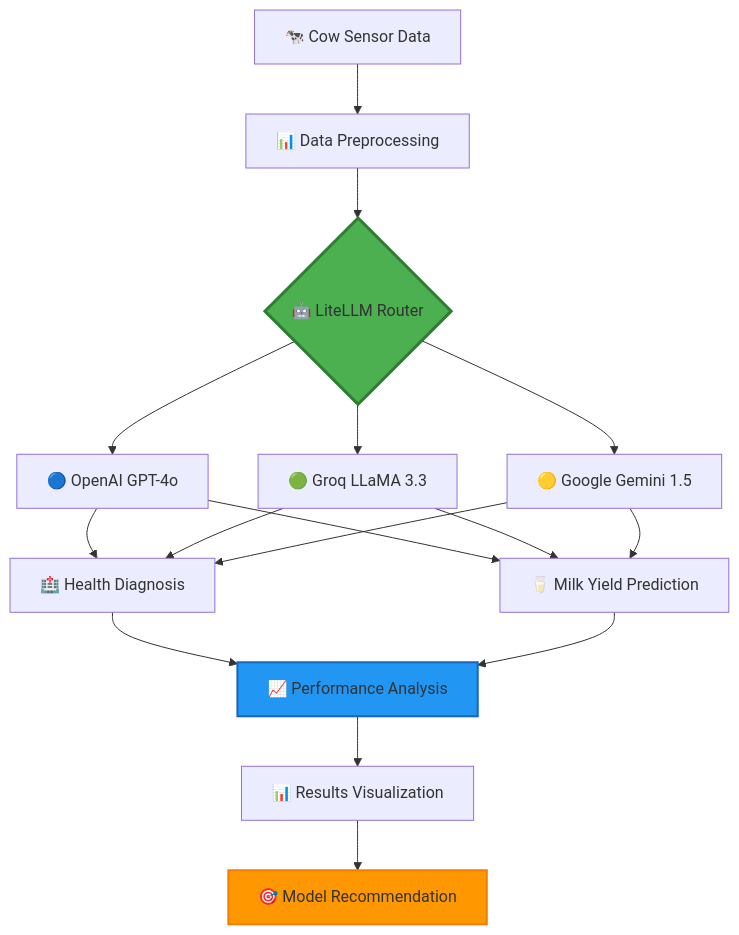
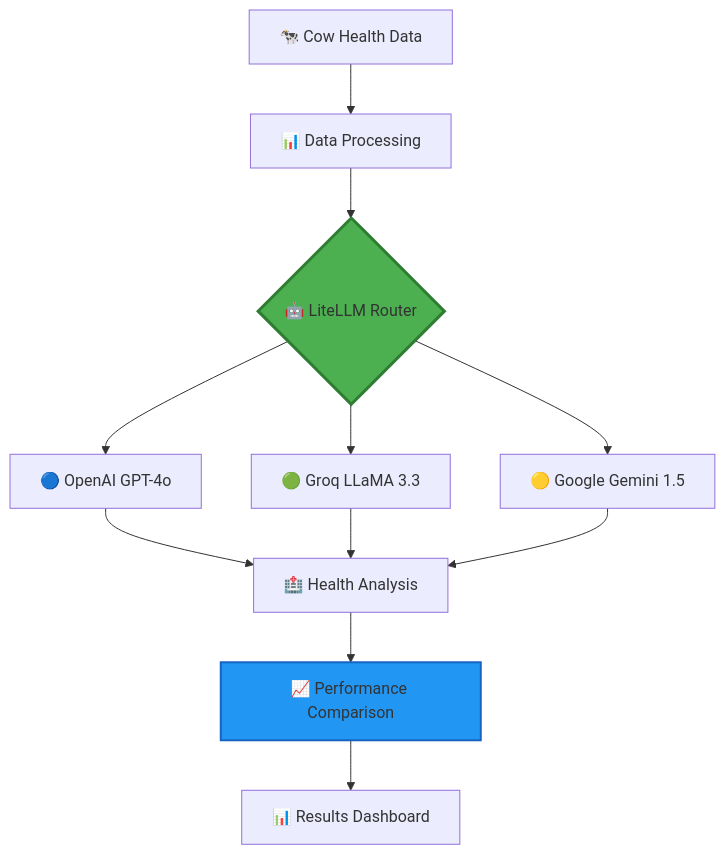
Before and after one commit to dhruvsh1997/LiteLLM-Experiments: the third of 8 diagrams in README.MD, drawn with Mermaid. The commit also changed other lines of this file, not shown here.

````diff
--- a/README.MD
+++ b/README.MD
@@ -180,27 +156,19 @@
 ```mermaid
 flowchart TD
-    A[🐄 Cow Sensor Data] --> B[📊 Data Preprocessing]
+    A[🐄 Cow Health Data] --> B[📊 Data Processing]
     B --> C{🤖 LiteLLM Router}
     
     C --> D[🔵 OpenAI GPT-4o]
     C --> E[🟢 Groq LLaMA 3.3]
     C --> F[🟡 Google Gemini 1.5]
     
-    D --> G[🏥 Health Diagnosis]
+    D --> G[🏥 Health Analysis]
     E --> G
     F --> G
     
-    D --> H[🥛 Milk Yield Prediction]
-    E --> H
-    F --> H
-    
-    G --> I[📈 Performance Analysis]
-    H --> I
-    
-    I --> J[📊 Results Visualization]
-    J --> K[🎯 Model Recommendation]
+    G --> H[📈 Performance Comparison]
+    H --> I[📊 Results Dashboard]
     
     style C fill:#4CAF50,stroke:#2E7D32,stroke-width:3px
-    style I fill:#2196F3,stroke:#1565C0,stroke-width:2px
-    style K fill:#FF9800,stroke:#F57C00,stroke-width:2px
+    style H fill:#2196F3,stroke:#1565C0,stroke-width:2px
 ```
````
